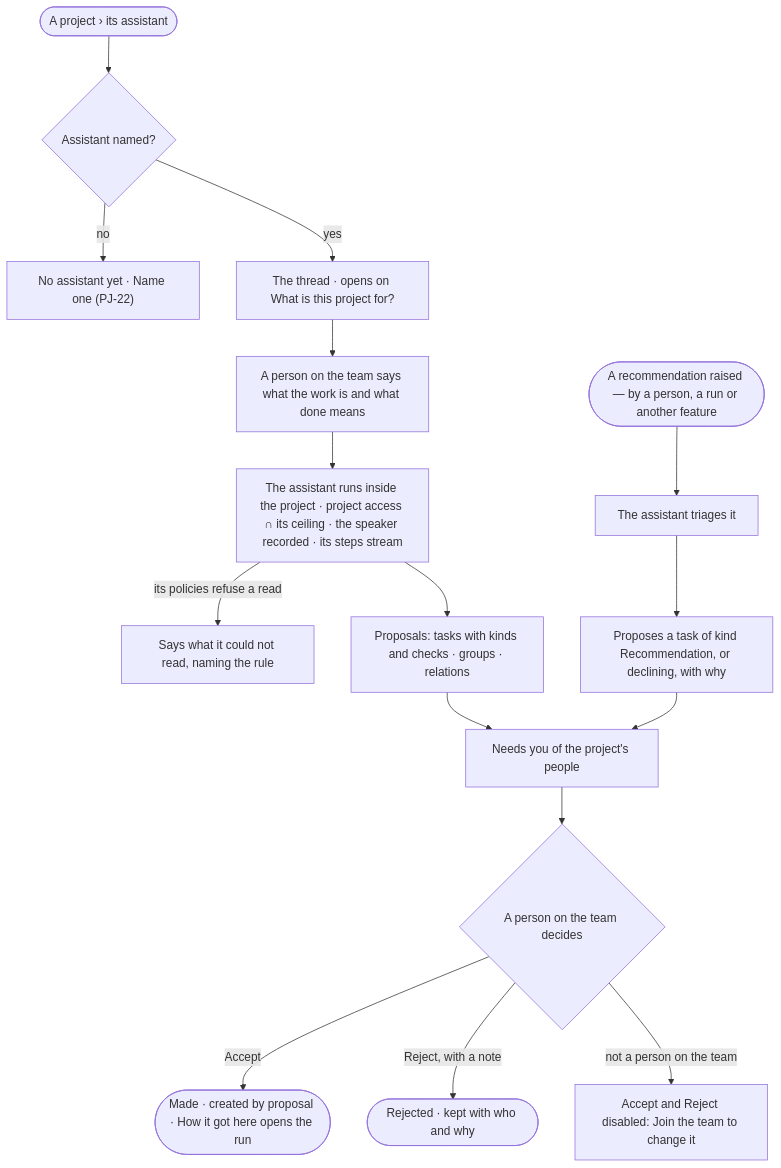
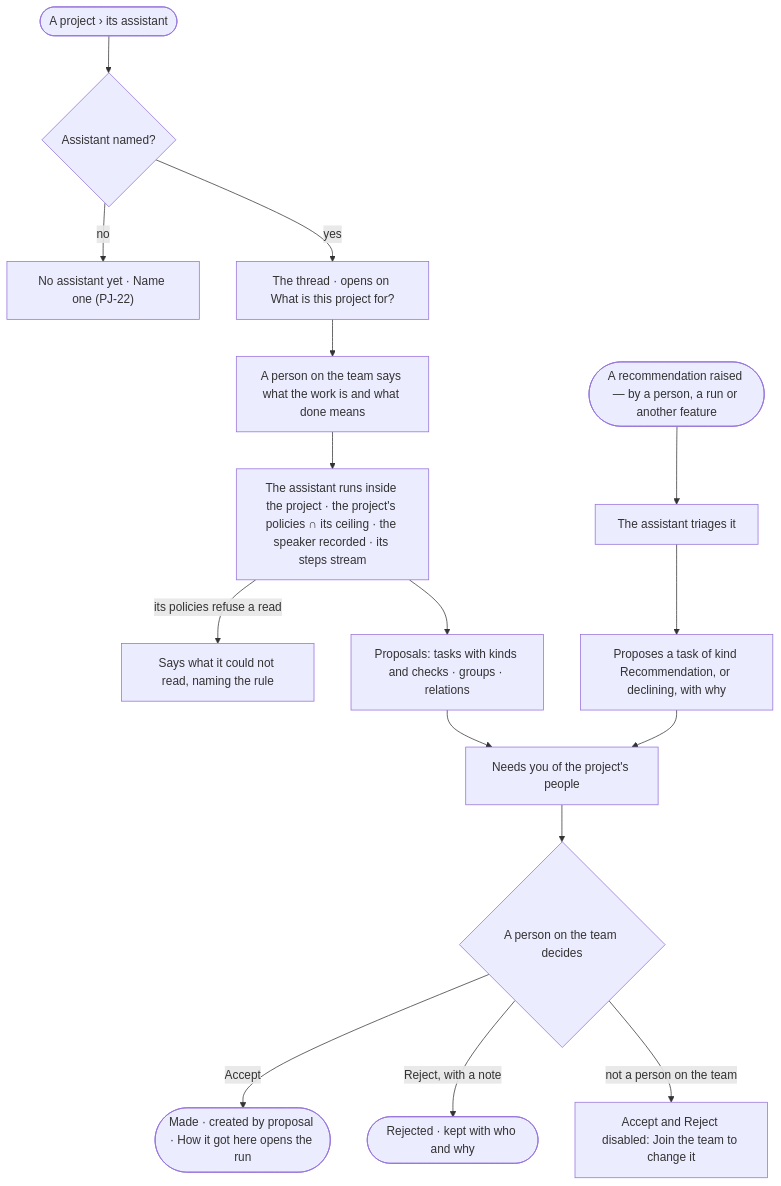
The first of 2 diagrams in specs/capabilities/projects/features/PJ-F01-projects-and-tasks/stories/PJ-21-ideate-with-the-project-assistant/story.md (invana/invana), drawn with Mermaid before and after one commit. The commit also changed other lines of this file and 26 other files, not shown here.

First line of the commit message:
docs(specs): one Access Policy type, tabbed policy form, project limits

````diff
--- a/specs/capabilities/projects/features/PJ-F01-projects-and-tasks/stories/PJ-21-ideate-with-the-project-assistant/story.md
+++ b/specs/capabilities/projects/features/PJ-F01-projects-and-tasks/stories/PJ-21-ideate-with-the-project-assistant/story.md
@@ -32,18 +32,18 @@
 ```mermaid
 flowchart TD
   s([A project › its assistant]) --> any{"Assistant named?"}
   any -->|no| none["No assistant yet · Name one (PJ-22)"]
   any -->|yes| th["The thread · opens on What is this project for?"]
   th --> say["A person on the team says what the work is and what done means"]
-  say --> run["The assistant runs inside the project · project access ∩ its ceiling · the speaker recorded · its steps stream"]
+  say --> run["The assistant runs inside the project · the project's policies ∩ its ceiling · the speaker recorded · its steps stream"]
   run -->|its policies refuse a read| rf["Says what it could not read, naming the rule"]
   run --> prop["Proposals: tasks with kinds and checks · groups · relations"]
   rec([A recommendation raised — by a person, a run or another feature]) --> tri["The assistant triages it"]
   tri --> prop2["Proposes a task of kind Recommendation, or declining, with why"]
   prop --> nb["Needs you of the project's people"]
   prop2 --> nb
   nb --> d{"A person on the team decides"}
   d -->|Accept| made(["Made · created by proposal · How it got here opens the run"])
   d -->|Reject, with a note| rj(["Rejected · kept with who and why"])
   d -->|not a person on the team| nm["Accept and Reject disabled: Join the team to change it"]
 ```
````
